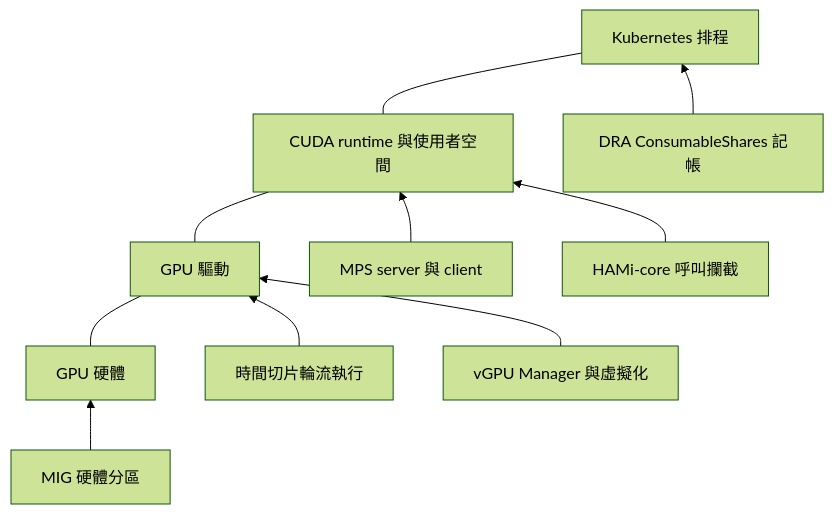
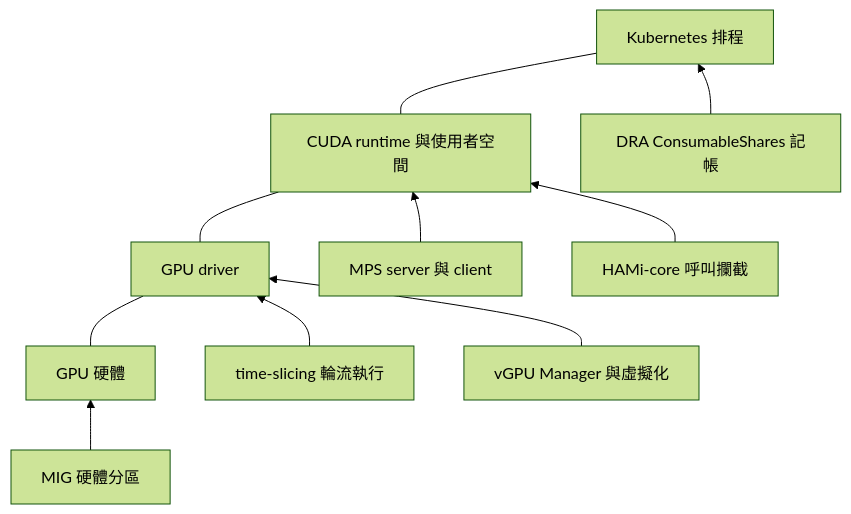
Before and after one commit to Daniel77871/dra-gpu-sharing-in-practice: the diagram in book/01-why-dra/gpu-sharing-landscape.md, drawn with Mermaid (forest theme). The commit also changed other lines of this file and 80 other files, not shown here.

````diff
--- a/book/01-why-dra/gpu-sharing-landscape.md
+++ b/book/01-why-dra/gpu-sharing-landscape.md
@@ -13,12 +13,12 @@
 ```mermaid
 flowchart BT
-  H["GPU 硬體"] --- D["GPU 驅動"]
+  H["GPU 硬體"] --- D["GPU driver"]
   D --- U["CUDA runtime 與使用者空間"]
   U --- K["Kubernetes 排程"]
   MIG["MIG 硬體分區"] --> H
-  TS["時間切片輪流執行"] --> D
+  TS["time-slicing 輪流執行"] --> D
   VG["vGPU Manager 與虛擬化"] --> D
   MP["MPS server 與 client"] --> U
   HA["HAMi-core 呼叫攔截"] --> U
   CC["DRA ConsumableShares 記帳"] --> K
 ```
````
